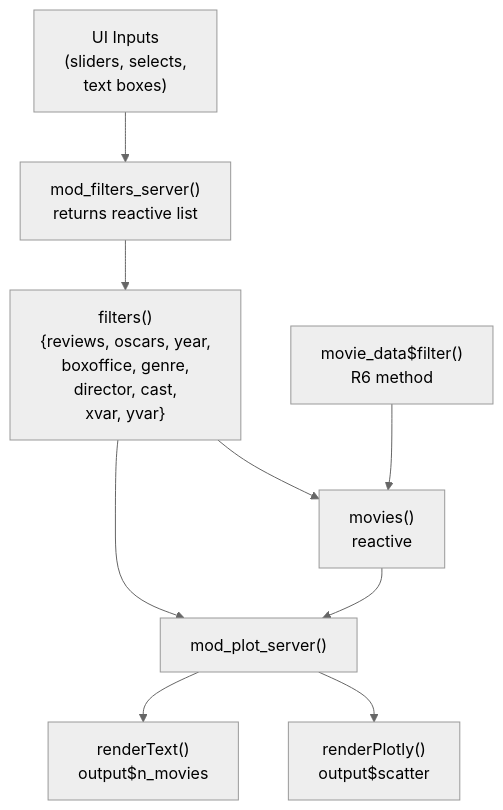
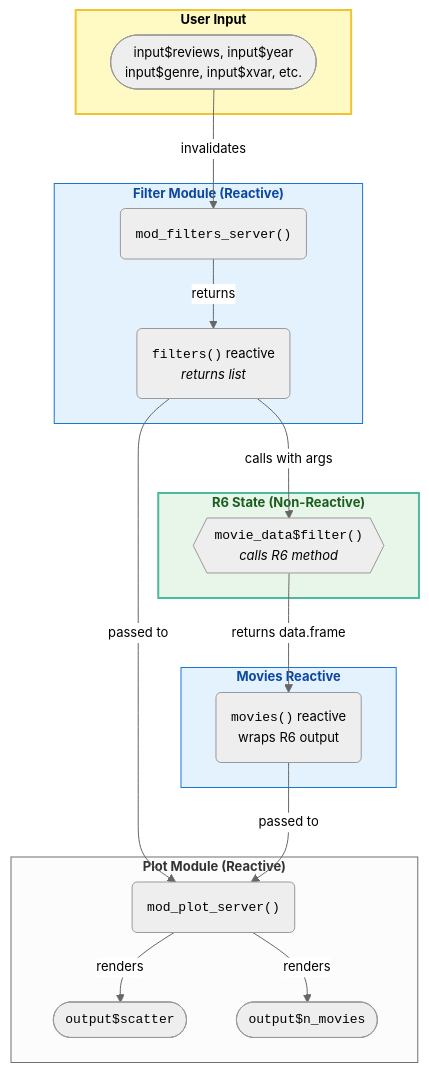
One commit to mjfrigaard/shiny-app-pkgs changed the third of 4 diagrams in r6.qmd. Above: the diagram before and after it, drawn with Mermaid. The commit also changed other lines of this file and 61 other files, not shown here.

````diff
--- a/r6.qmd
+++ b/r6.qmd
@@ -320,26 +362,46 @@
 ```{mermaid}
-%%| fig-cap: 'Reactive data flow'
+%%| fig-cap: 'Reactive data flow: Shiny reactivity wraps R6 state'
 %%| fig-align: center
-%%| eval: true 
-%%| echo: false 
-%%{init: {'theme': 'neutral', 'themeVariables': { 'fontFamily': 'monospace', "fontSize":"16px"}}}%%
+%%| eval: true
+%%| echo: false
+%%{init: {'theme': 'neutral', 'themeVariables': { 'fontFamily': 'monospace', "fontSize":"13px"}}}%%
 
 flowchart TD
-  UIIn["UI Inputs<br>(sliders, selects,<br>text boxes)"]
-  FilServ["mod_filters_server()<br>returns reactive list"]
-  FilReact["filters()<br>{reviews, oscars, year,<br>boxoffice, genre,<br>director, cast,<br>xvar, yvar}"]
-  MovReact["movies()<br>reactive"]
-  MovData["movie_data$filter()<br>R6 method"]
-  PltServ["mod_plot_server()"]
-  Scatter["renderPlotly()<br>output$scatter"]
-  Count["renderText()<br>output$n_movies"]
+  subgraph Input["<strong>User Input</strong>"]
+    UIIn(["input$reviews, input$year<br>input$genre, input$xvar, etc."])
+  end
 
-  UIIn --> FilServ
-  FilServ --> FilReact
-  FilReact --> MovReact
-  MovData --> MovReact
-  MovReact --> PltServ
-  FilReact --> PltServ
-  PltServ --> Scatter
-  PltServ --> Count
+  subgraph Filters["<strong>Filter Module (Reactive)</strong>"]
+    FilServ("<code>mod_filters_server()</code>")
+    FilReact("<code>filters()</code> reactive<br><em>returns list</em>")
+  end
+
+  subgraph State["<strong>R6 State (Non-Reactive)</strong>"]
+    MovData{{"<code>movie_data$filter()</code><br><em>calls R6 method</em>"}}
+  end
+
+  subgraph Movies["<strong>Movies Reactive</strong>"]
+    MovReact("<code>movies()</code> reactive<br>wraps R6 output")
+  end
+
+  subgraph Plot["<strong>Plot Module (Reactive)</strong>"]
+    PltServ("<code>mod_plot_server()</code>")
+    Scatter(["<code>output$scatter</code>"])
+    Count(["<code>output$n_movies</code>"])
+  end
+
+  UIIn -->|invalidates| FilServ
+  FilServ -->|returns| FilReact
+  FilReact -->|calls with args| MovData
+  MovData -->|returns data.frame| MovReact
+  FilReact -->|passed to| PltServ
+  MovReact -->|passed to| PltServ
+  PltServ -->|renders| Scatter
+  PltServ -->|renders| Count
+
+  style Input fill:#FFF9C4,color:#000000,stroke:#F1C232,stroke-width:2px
+  style State fill:#E8F5E9,color:#1B5E20,stroke:#4CBB9D,stroke-width:2px
+  style Filters fill:#E3F2FD,color:#0D47A1,stroke:#1976D2
+  style Movies fill:#E3F2FD,color:#0D47A1,stroke:#1976D2
+  
 ```
````
